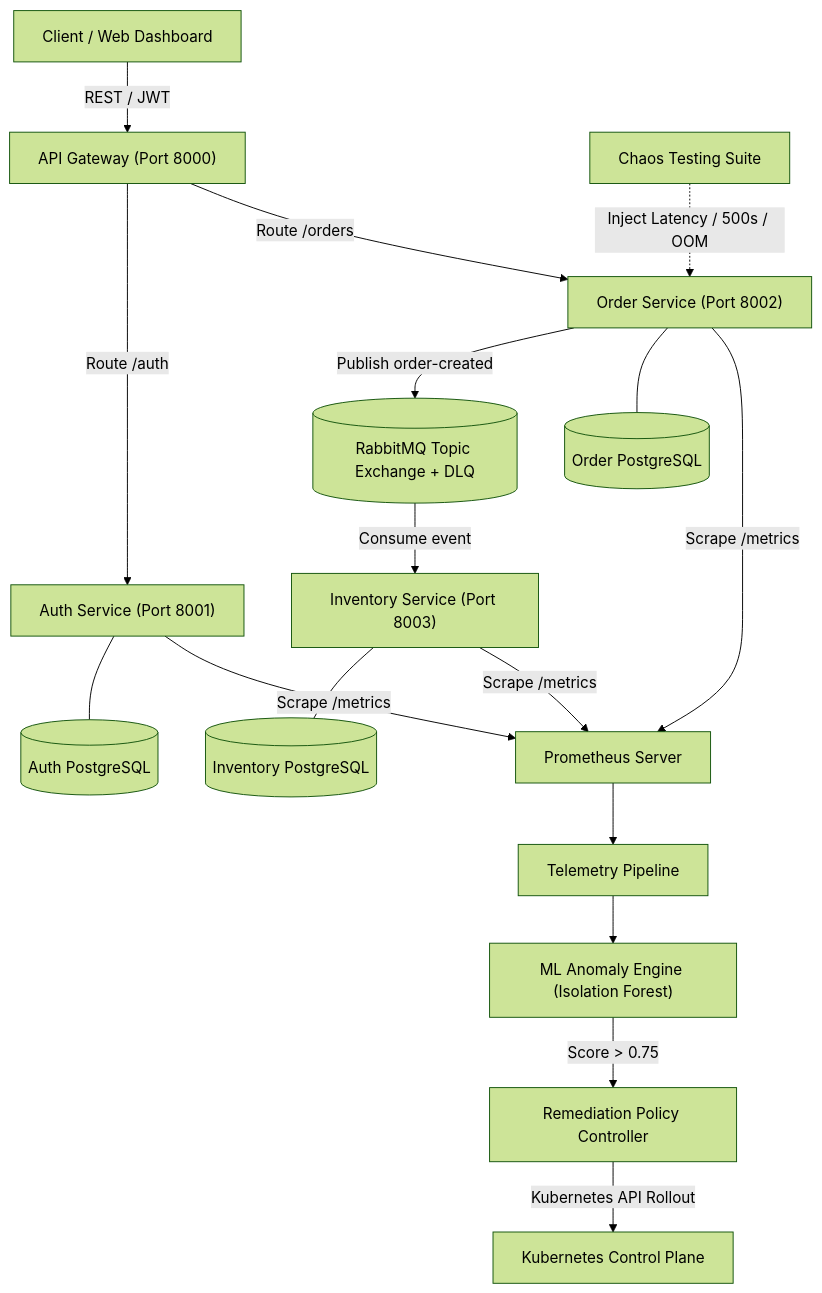
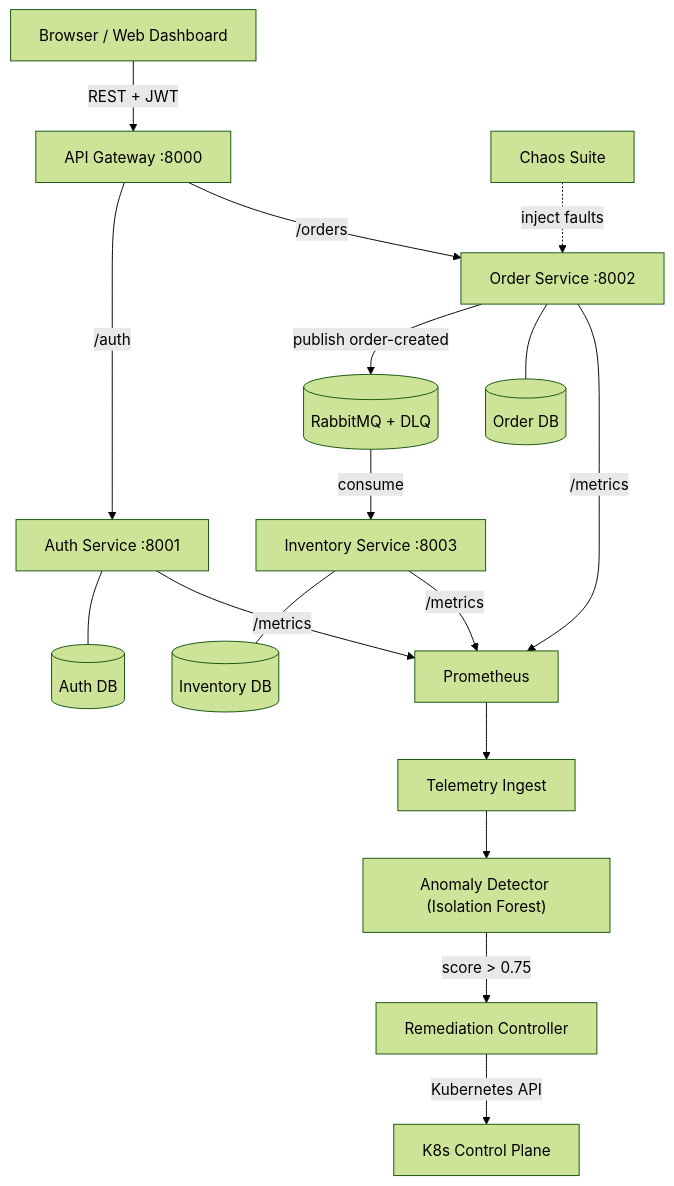
One commit to shiva-kumar-1319/CloudPulse changed the diagram in README.md. Above: the diagram before and after it, drawn with Mermaid (forest theme). The commit also changed other lines of this file and 2 other files, not shown here.

Commit message:
docs: rewrite README and dashboard copy in plain dev language, no marketing speak

````diff
--- a/README.md
+++ b/README.md
@@ -37,25 +42,24 @@
 ```mermaid
 flowchart TD
-    Client["Client / Web Dashboard"] -->|"REST / JWT"| Gateway["API Gateway (Port 8000)"]
-    Gateway -->|"Route /auth"| Auth["Auth Service (Port 8001)"]
-    Gateway -->|"Route /orders"| Order["Order Service (Port 8002)"]
-    
-    Order -->|"Publish order-created"| RabbitMQ[("RabbitMQ Topic Exchange + DLQ")]
-    RabbitMQ -->|"Consume event"| Inventory["Inventory Service (Port 8003)"]
-    
-    Auth --- AuthDB[("Auth PostgreSQL")]
-    Order --- OrderDB[("Order PostgreSQL")]
-    Inventory --- InventoryDB[("Inventory PostgreSQL")]
-    
-    Auth -->|"Scrape /metrics"| Prometheus["Prometheus Server"]
-    Order -->|"Scrape /metrics"| Prometheus
-    Inventory -->|"Scrape /metrics"| Prometheus
-    
-    Prometheus --> Ingest["Telemetry Pipeline"]
-    Ingest --> MLModel["ML Anomaly Engine (Isolation Forest)"]
-    MLModel -->|"Score > 0.75"| Remediation["Remediation Policy Controller"]
-    
-    Remediation -->|"Kubernetes API Rollout"| K8sAPI["Kubernetes Control Plane"]
-    
-    Chaos["Chaos Testing Suite"] -.->|"Inject Latency / 500s / OOM"| Order
+    Client["Browser / Web Dashboard"] -->|"REST + JWT"| Gateway["API Gateway :8000"]
+    Gateway -->|"/auth"| Auth["Auth Service :8001"]
+    Gateway -->|"/orders"| Order["Order Service :8002"]
+
+    Order -->|"publish order-created"| RabbitMQ[("RabbitMQ + DLQ")]
+    RabbitMQ -->|"consume"| Inventory["Inventory Service :8003"]
+
+    Auth --- AuthDB[("Auth DB")]
+    Order --- OrderDB[("Order DB")]
+    Inventory --- InventoryDB[("Inventory DB")]
+
+    Auth -->|"/metrics"| Prometheus["Prometheus"]
+    Order -->|"/metrics"| Prometheus
+    Inventory -->|"/metrics"| Prometheus
+
+    Prometheus --> Ingest["Telemetry Ingest"]
+    Ingest --> MLModel["Anomaly Detector (Isolation Forest)"]
+    MLModel -->|"score > 0.75"| Remediation["Remediation Controller"]
+    Remediation -->|"Kubernetes API"| K8sAPI["K8s Control Plane"]
+
+    Chaos["Chaos Suite"] -.->|"inject faults"| Order
 ```
````
